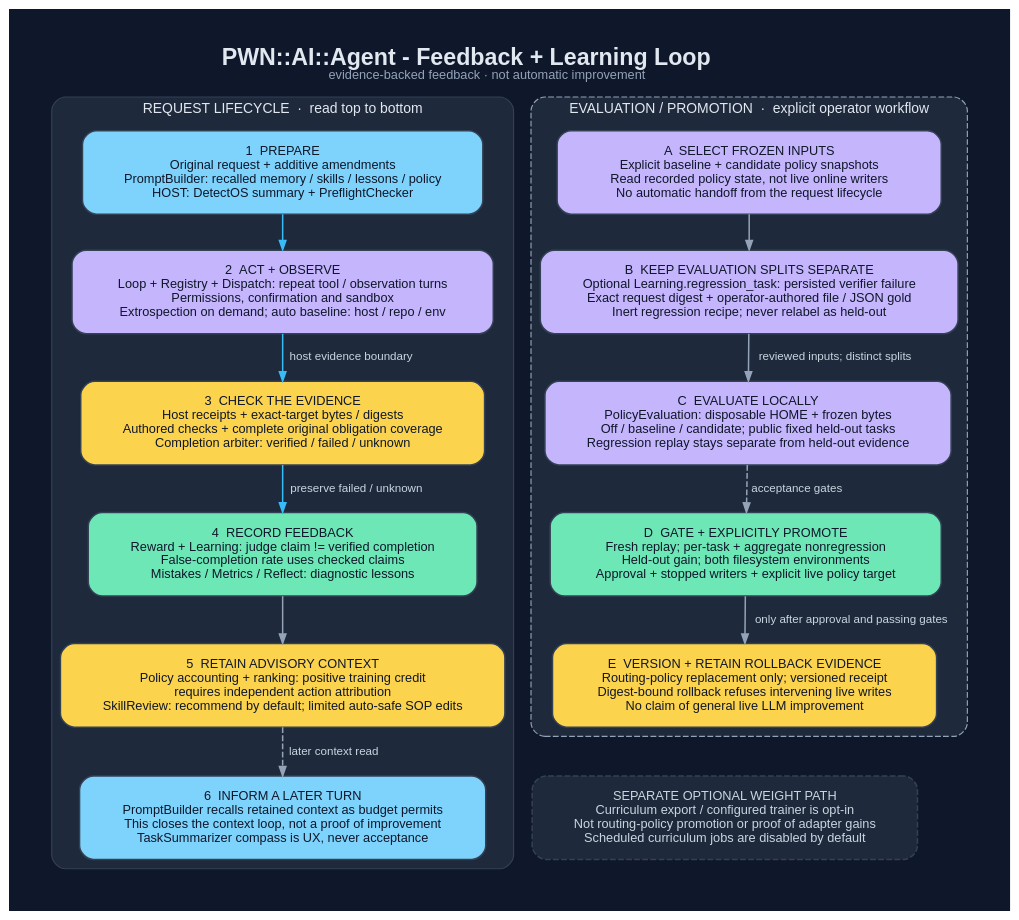
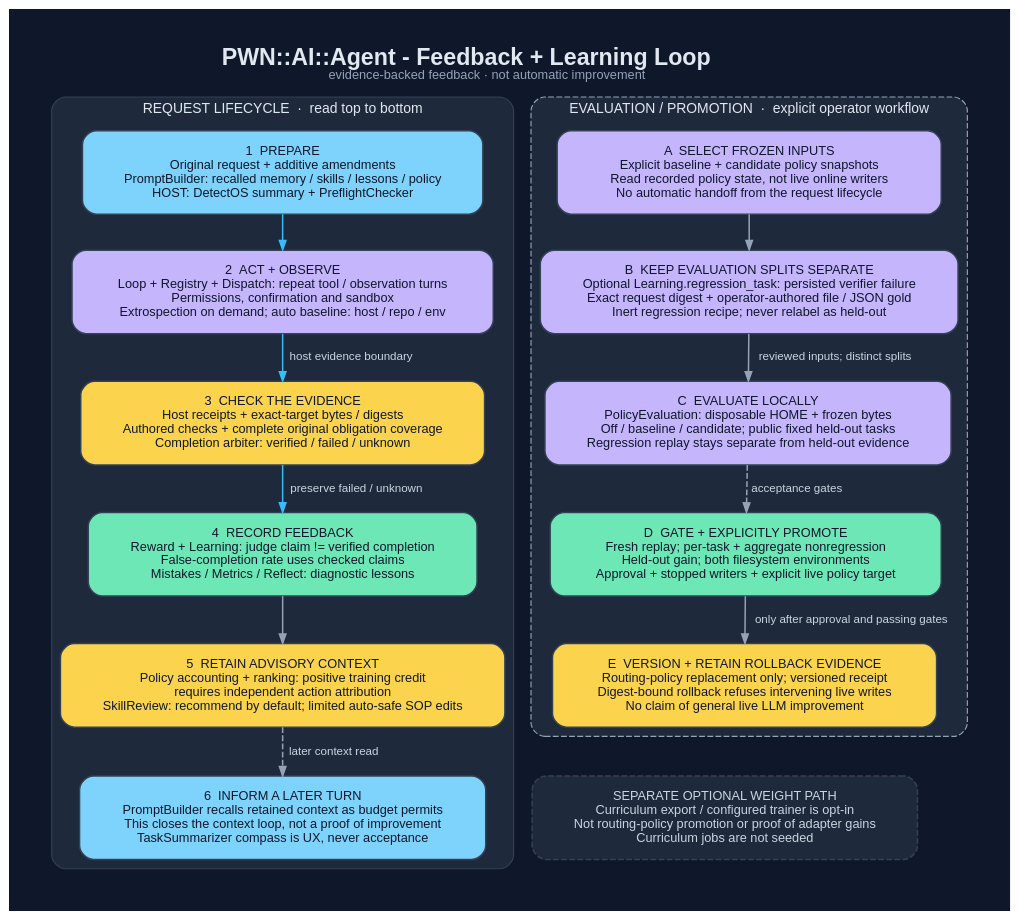
Before and after one commit to 0dayInc/pwn: the diagram in documentation/diagrams/dot/pwn-ai-feedback-learning-loop.dot, drawn with Graphviz. The commit also changed 23 other files, not shown here.

```diff
--- a/documentation/diagrams/dot/pwn-ai-feedback-learning-loop.dot
+++ b/documentation/diagrams/dot/pwn-ai-feedback-learning-loop.dot
@@ -1,55 +1,55 @@
 digraph PWN_Feedback {
   graph [
     label=<<B>PWN::AI::Agent - Feedback + Learning Loop</B><BR/><FONT POINT-SIZE="11" COLOR="#94a3b8">evidence-backed feedback · not automatic improvement</FONT>>,
     labelloc=t, fontsize=20, fontname="Helvetica",
     rankdir=TB, splines=polyline, nodesep=0.55, ranksep=0.42,
     bgcolor="#0f172a", fontcolor="#e2e8f0", pad=0.4, newrank=true
   ];
   node [fontname="Helvetica", fontsize=11, shape=box, style="filled,rounded",
         fillcolor="#c4b5fd", penwidth=1.3, color="#334155", fontcolor="#0f172a", margin="0.22,0.16", width=4.6];
   edge [fontname="Helvetica", fontsize=10, color="#94a3b8",
         fontcolor="#cbd5e1", penwidth=1.3, arrowsize=0.8];
 
   // Two independently initiated lifecycles. The evaluation lane reads explicitly
   // selected frozen state, not a live automatic handoff from every request.
   subgraph cluster_turn {
     label="REQUEST LIFECYCLE  ·  read top to bottom"; fontsize=12;
     style="rounded,filled"; color="#334155"; fillcolor="#1e293b";
     Prepare [fillcolor="#7dd3fc", label="1  PREPARE\nOriginal request + additive amendments\nPromptBuilder: recalled memory / skills / lessons / policy\nHOST: DetectOS summary + PreflightChecker"];
     Execute [label="2  ACT + OBSERVE\nLoop + Registry + Dispatch: repeat tool / observation turns\nPermissions, confirmation and sandbox\nExtrospection on demand; auto baseline: host / repo / env"];
     Verify [fillcolor="#fcd34d", label="3  CHECK THE EVIDENCE\nHost receipts + exact-target bytes / digests\nAuthored checks + complete original obligation coverage\nCompletion arbiter: verified / failed / unknown"];
     Account [fillcolor="#6ee7b7", label="4  RECORD FEEDBACK\nReward + Learning: judge claim != verified completion\nFalse-completion rate uses checked claims\nMistakes / Metrics / Reflect: diagnostic lessons"];
     Retain [fillcolor="#fcd34d", label="5  RETAIN ADVISORY CONTEXT\nPolicy accounting + ranking: positive training credit\nrequires independent action attribution\nSkillReview: recommend by default; limited auto-safe SOP edits"];
     Reuse [fillcolor="#7dd3fc", label="6  INFORM A LATER TURN\nPromptBuilder recalls retained context as budget permits\nThis closes the context loop, not a proof of improvement\nTaskSummarizer compass is UX, never acceptance"];
     Prepare -> Execute [color="#38bdf8"];
     Execute -> Verify [label="host evidence boundary", color="#38bdf8"];
     Verify -> Account [label="preserve failed / unknown", color="#38bdf8"];
     Account -> Retain;
     Retain -> Reuse [label="later context read", style=dashed];
   }
 
   subgraph cluster_evaluation {
     label="EVALUATION / PROMOTION  ·  explicit operator workflow"; fontsize=12;
     style="rounded,dashed,filled"; color="#94a3b8"; fillcolor="#1e293b";
     Select [label="A  SELECT FROZEN INPUTS\nExplicit baseline + candidate policy snapshots\nRead recorded policy state, not live online writers\nNo automatic handoff from the request lifecycle"];
     Regression [label="B  KEEP EVALUATION SPLITS SEPARATE\nOptional Learning.regression_task: persisted verifier failure\nExact request digest + operator-authored file / JSON gold\nInert regression recipe; never relabel as held-out"];
     Evaluate [label="C  EVALUATE LOCALLY\nPolicyEvaluation: disposable HOME + frozen bytes\nOff / baseline / candidate; public fixed held-out tasks\nRegression replay stays separate from held-out evidence"];
     Promote [fillcolor="#6ee7b7", label="D  GATE + EXPLICITLY PROMOTE\nFresh replay; per-task + aggregate nonregression\nHeld-out gain; both filesystem environments\nApproval + stopped writers + explicit live policy target"];
     Receipt [fillcolor="#fcd34d", label="E  VERSION + RETAIN ROLLBACK EVIDENCE\nRouting-policy replacement only; versioned receipt\nDigest-bound rollback refuses intervening live writes\nNo claim of general live LLM improvement"];
     Select -> Regression;
     Regression -> Evaluate [label="reviewed inputs; distinct splits"];
     Evaluate -> Promote [label="acceptance gates", style=dashed];
     Promote -> Receipt [label="only after approval and passing gates"];
   }
 
   // Alignment only: no fabricated flow between independently initiated lanes.
   {rank=same; Prepare; Select}
   {rank=same; Execute; Regression}
   {rank=same; Verify; Evaluate}
   {rank=same; Account; Promote}
   {rank=same; Retain; Receipt}
 
   Trainer [fillcolor="#1e293b", fontcolor="#cbd5e1", style="rounded,dashed,filled",
-    label="SEPARATE OPTIONAL WEIGHT PATH\nCurriculum export / configured trainer is opt-in\nNot routing-policy promotion or proof of adapter gains\nScheduled curriculum jobs are disabled by default"];
+    label="SEPARATE OPTIONAL WEIGHT PATH\nCurriculum export / configured trainer is opt-in\nNot routing-policy promotion or proof of adapter gains\nCurriculum jobs are not seeded"];
   {rank=same; Reuse; Trainer}
 }
```
